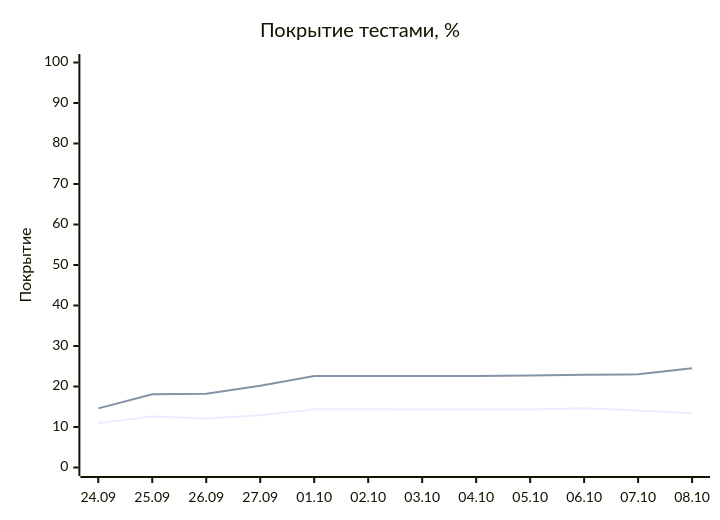
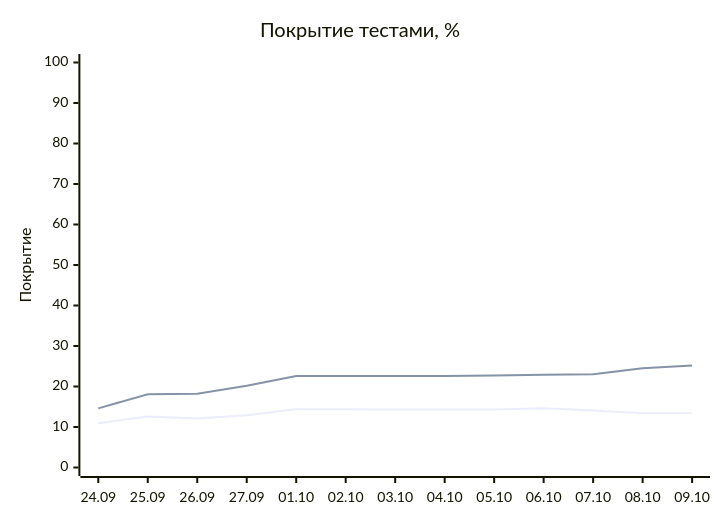
Before and after one commit to EvgeniBondarev/coverage-report: the diagram in README.md, drawn with Mermaid. The commit also changed other lines of this file and 2943 other files, not shown here.

````diff
--- a/README.md
+++ b/README.md
@@ -19,8 +19,8 @@
 ```mermaid
 xychart-beta
     title "Покрытие тестами, %"
-    x-axis ["24.09", "25.09", "26.09", "27.09", "01.10", "02.10", "03.10", "04.10", "05.10", "06.10", "07.10", "08.10"]
+    x-axis ["24.09", "25.09", "26.09", "27.09", "01.10", "02.10", "03.10", "04.10", "05.10", "06.10", "07.10", "08.10", "09.10"]
     y-axis "Покрытие" 0 --> 100
-    line [10.9, 12.6, 12.1, 12.9, 14.4, 14.4, 14.3, 14.3, 14.3, 14.6, 14.1, 13.4]
-    line [14.6, 18.1, 18.2, 20.2, 22.6, 22.6, 22.6, 22.6, 22.7, 22.9, 23, 24.5]
+    line [10.9, 12.6, 12.1, 12.9, 14.4, 14.4, 14.3, 14.3, 14.3, 14.6, 14.1, 13.4, 13.4]
+    line [14.6, 18.1, 18.2, 20.2, 22.6, 22.6, 22.6, 22.6, 22.7, 22.9, 23, 24.5, 25.2]
 ```
````
